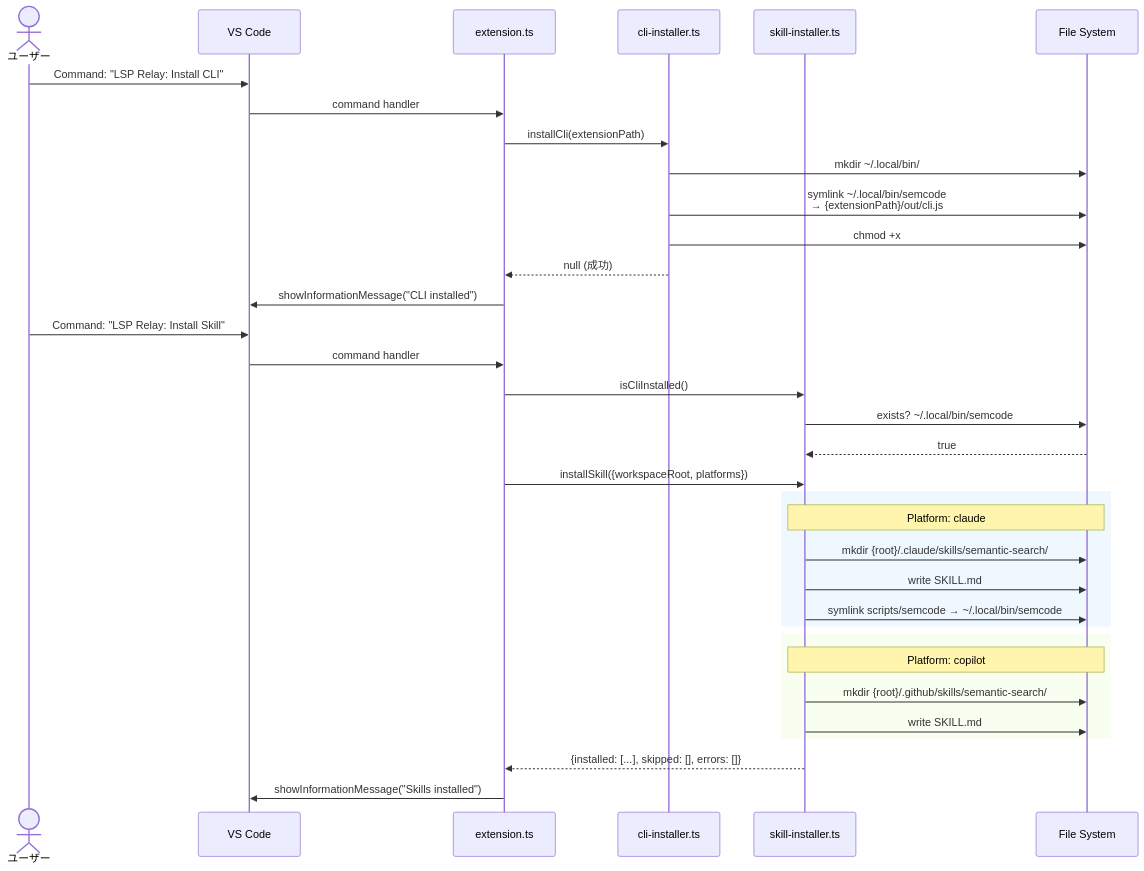
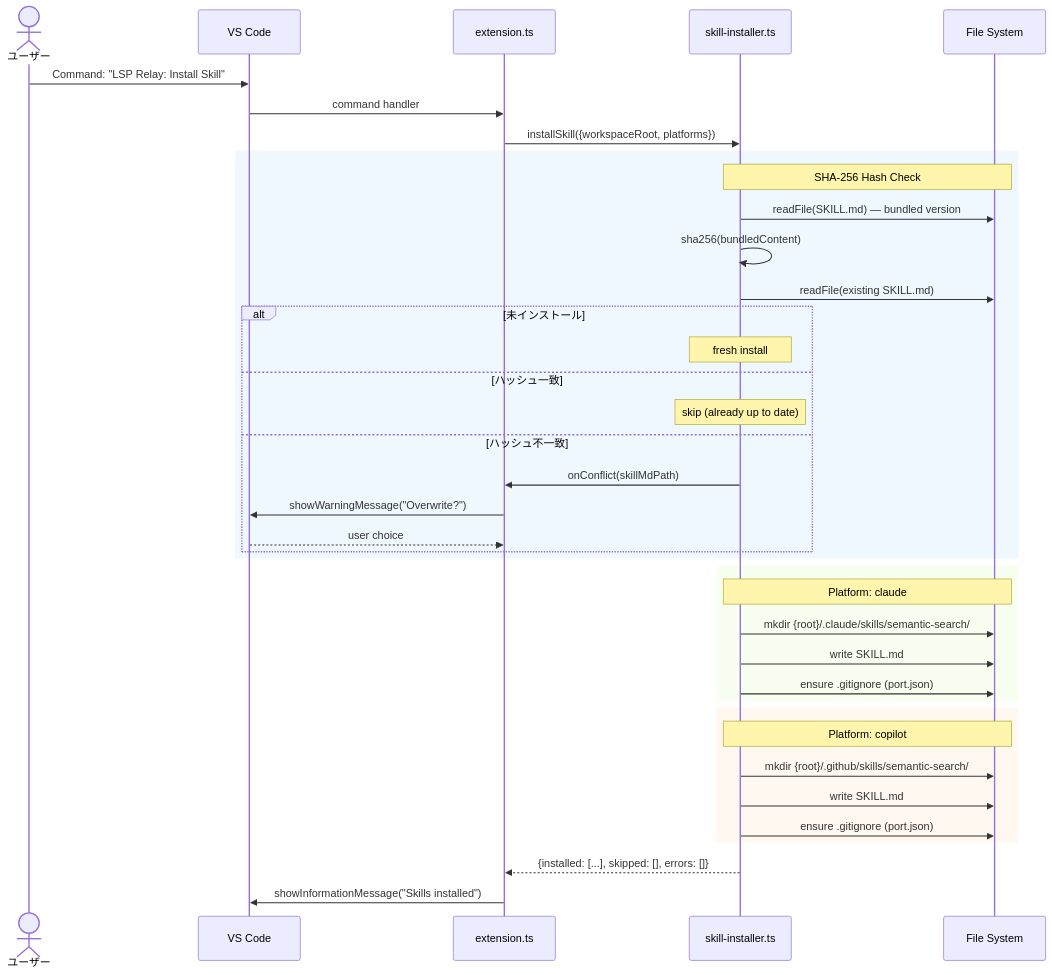
The fourth of 6 diagrams in docs/sequence-diagram.md (omurakazuaki/lsp-relay-vscode-extension), drawn with Mermaid before and after one commit. The commit also changed other lines of this file and 19 other files, not shown here.

````diff
--- a/docs/sequence-diagram.md
+++ b/docs/sequence-diagram.md
@@ -163,42 +159,46 @@
 ```mermaid
 sequenceDiagram
     actor User as ユーザー
     participant VSCode as VS Code
     participant Ext as extension.ts
-    participant CLI_Inst as cli-installer.ts
     participant Skill_Inst as skill-installer.ts
     participant FS as File System
 
-    User->>VSCode: Command: "LSP Relay: Install CLI"
-    VSCode->>Ext: command handler
-    Ext->>CLI_Inst: installCli(extensionPath)
-    CLI_Inst->>FS: mkdir ~/.local/bin/
-    CLI_Inst->>FS: symlink ~/.local/bin/semcode<br/>→ {extensionPath}/out/cli.js
-    CLI_Inst->>FS: chmod +x
-    CLI_Inst-->>Ext: null (成功)
-    Ext->>VSCode: showInformationMessage("CLI installed")
-
     User->>VSCode: Command: "LSP Relay: Install Skill"
     VSCode->>Ext: command handler
-    Ext->>Skill_Inst: isCliInstalled()
-    Skill_Inst->>FS: exists? ~/.local/bin/semcode
-    FS-->>Skill_Inst: true
 
     Ext->>Skill_Inst: installSkill({workspaceRoot, platforms})
 
     rect rgb(240, 248, 255)
+        Note over Skill_Inst,FS: SHA-256 Hash Check
+        Skill_Inst->>FS: readFile(SKILL.md) — bundled version
+        Skill_Inst->>Skill_Inst: sha256(bundledContent)
+        Skill_Inst->>FS: readFile(existing SKILL.md)
+        alt 未インストール
+            Note over Skill_Inst: fresh install
+        else ハッシュ一致
+            Note over Skill_Inst: skip (already up to date)
+        else ハッシュ不一致
+            Skill_Inst->>Ext: onConflict(skillMdPath)
+            Ext->>VSCode: showWarningMessage("Overwrite?")
+            VSCode-->>Ext: user choice
+        end
+    end
+
+    rect rgb(248, 255, 240)
         Note over Skill_Inst,FS: Platform: claude
         Skill_Inst->>FS: mkdir {root}/.claude/skills/semantic-search/
         Skill_Inst->>FS: write SKILL.md
-        Skill_Inst->>FS: symlink scripts/semcode → ~/.local/bin/semcode
+        Skill_Inst->>FS: ensure .gitignore (port.json)
     end
 
-    rect rgb(248, 255, 240)
+    rect rgb(255, 248, 240)
         Note over Skill_Inst,FS: Platform: copilot
         Skill_Inst->>FS: mkdir {root}/.github/skills/semantic-search/
         Skill_Inst->>FS: write SKILL.md
+        Skill_Inst->>FS: ensure .gitignore (port.json)
     end
 
     Skill_Inst-->>Ext: {installed: [...], skipped: [], errors: []}
     Ext->>VSCode: showInformationMessage("Skills installed")
 ```
````
